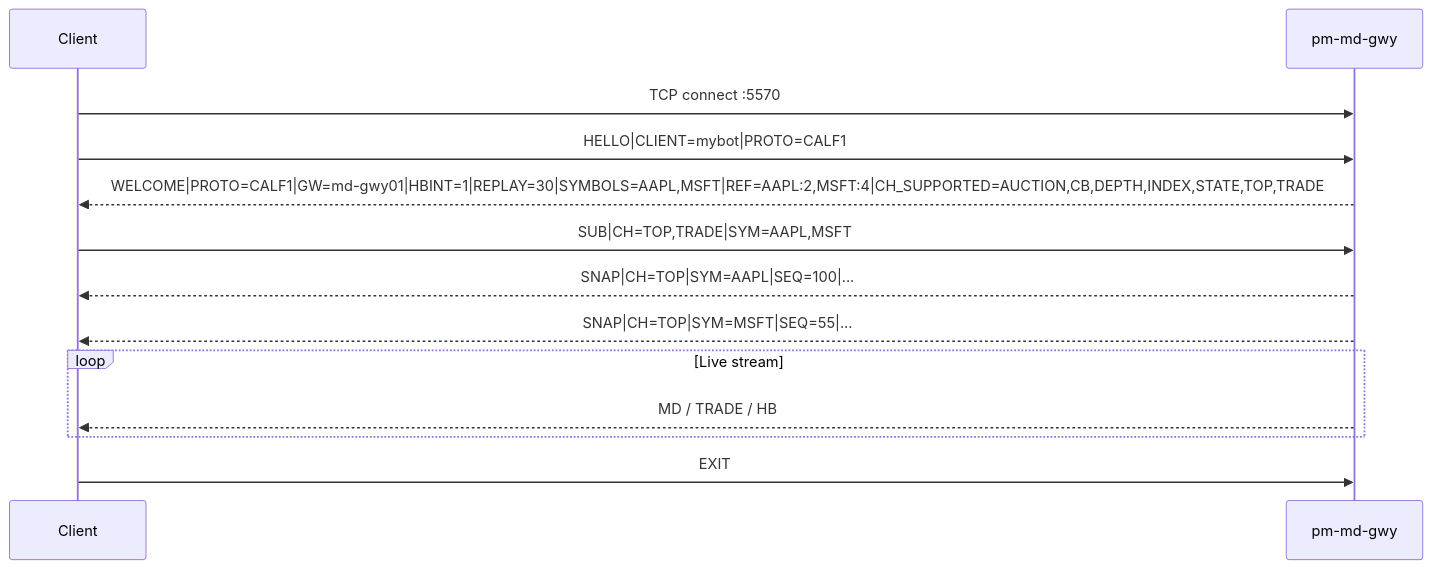
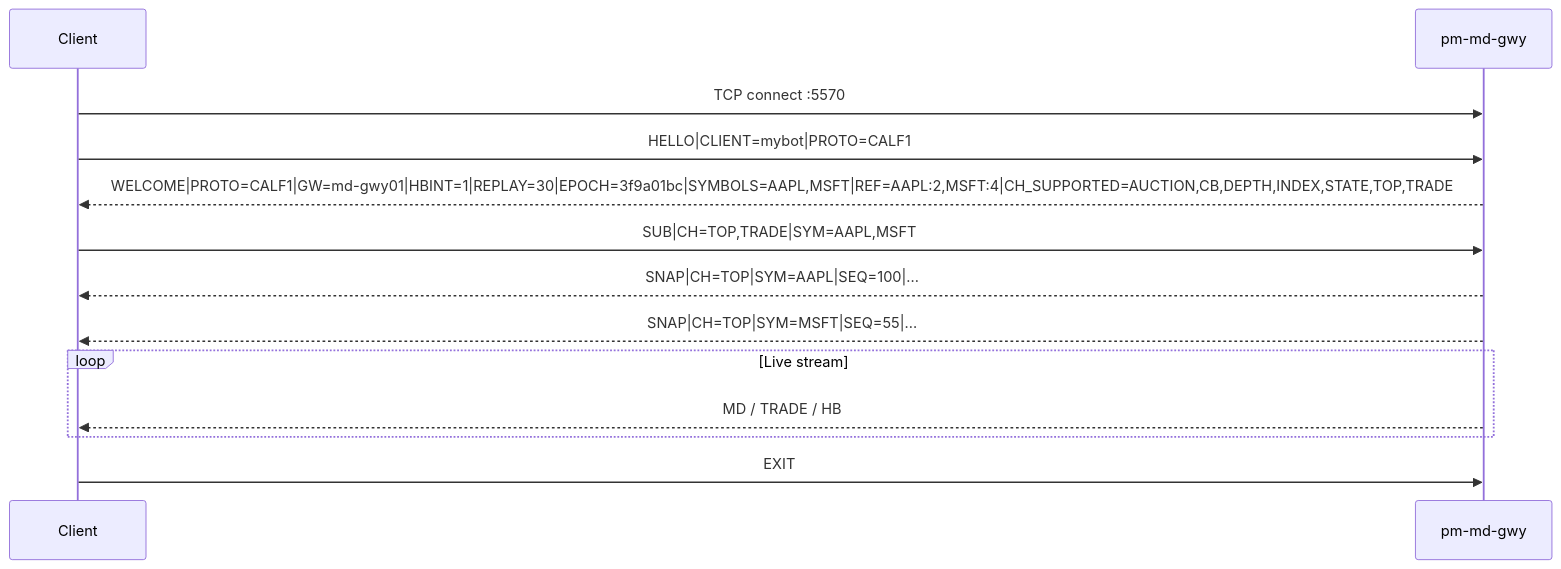
The second of 3 diagrams in docs/books/operator-guide/part-5-gateways/030-calf-gateway.md (johan162/EduMatcher), drawn with Mermaid before and after one commit. The commit also changed other lines of this file and 46 other files, not shown here.

Commit message:
fix(md-gwy): epoch-checked RESUME, engine resync, bus-gap metric, indexed fan-out, ndex subscriptions by stream: 1.3 ms -> 17 us per event at 64x600

````diff
--- a/docs/books/operator-guide/part-5-gateways/030-calf-gateway.md
+++ b/docs/books/operator-guide/part-5-gateways/030-calf-gateway.md
@@ -716,16 +727,16 @@
 ```mermaid
 sequenceDiagram
     participant C as Client
     participant G as pm-md-gwy
 
     C->>G: TCP connect :5570
     C->>G: HELLO|CLIENT=mybot|PROTO=CALF1
-    G-->>C: WELCOME|PROTO=CALF1|GW=md-gwy01|HBINT=1|REPLAY=30|SYMBOLS=AAPL,MSFT|REF=AAPL:2,MSFT:4|CH_SUPPORTED=AUCTION,CB,DEPTH,INDEX,STATE,TOP,TRADE
+    G-->>C: WELCOME|PROTO=CALF1|GW=md-gwy01|HBINT=1|REPLAY=30|EPOCH=3f9a01bc|SYMBOLS=AAPL,MSFT|REF=AAPL:2,MSFT:4|CH_SUPPORTED=AUCTION,CB,DEPTH,INDEX,STATE,TOP,TRADE
     C->>G: SUB|CH=TOP,TRADE|SYM=AAPL,MSFT
     G-->>C: SNAP|CH=TOP|SYM=AAPL|SEQ=100|...
     G-->>C: SNAP|CH=TOP|SYM=MSFT|SEQ=55|...
     loop Live stream
         G-->>C: MD / TRADE / HB
     end
     C->>G: EXIT
 ```
````
